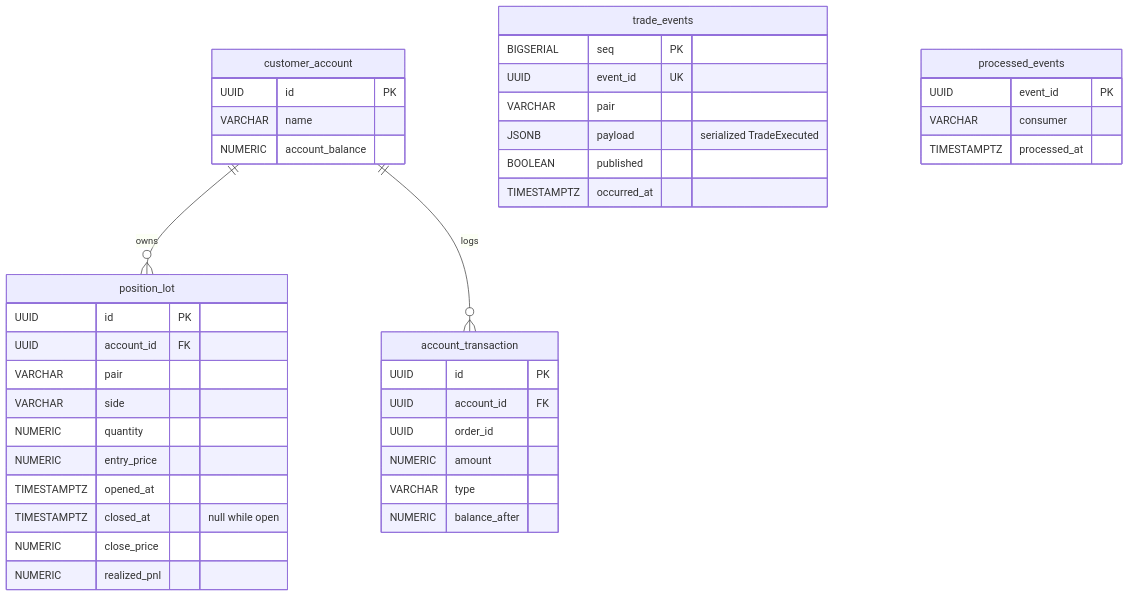
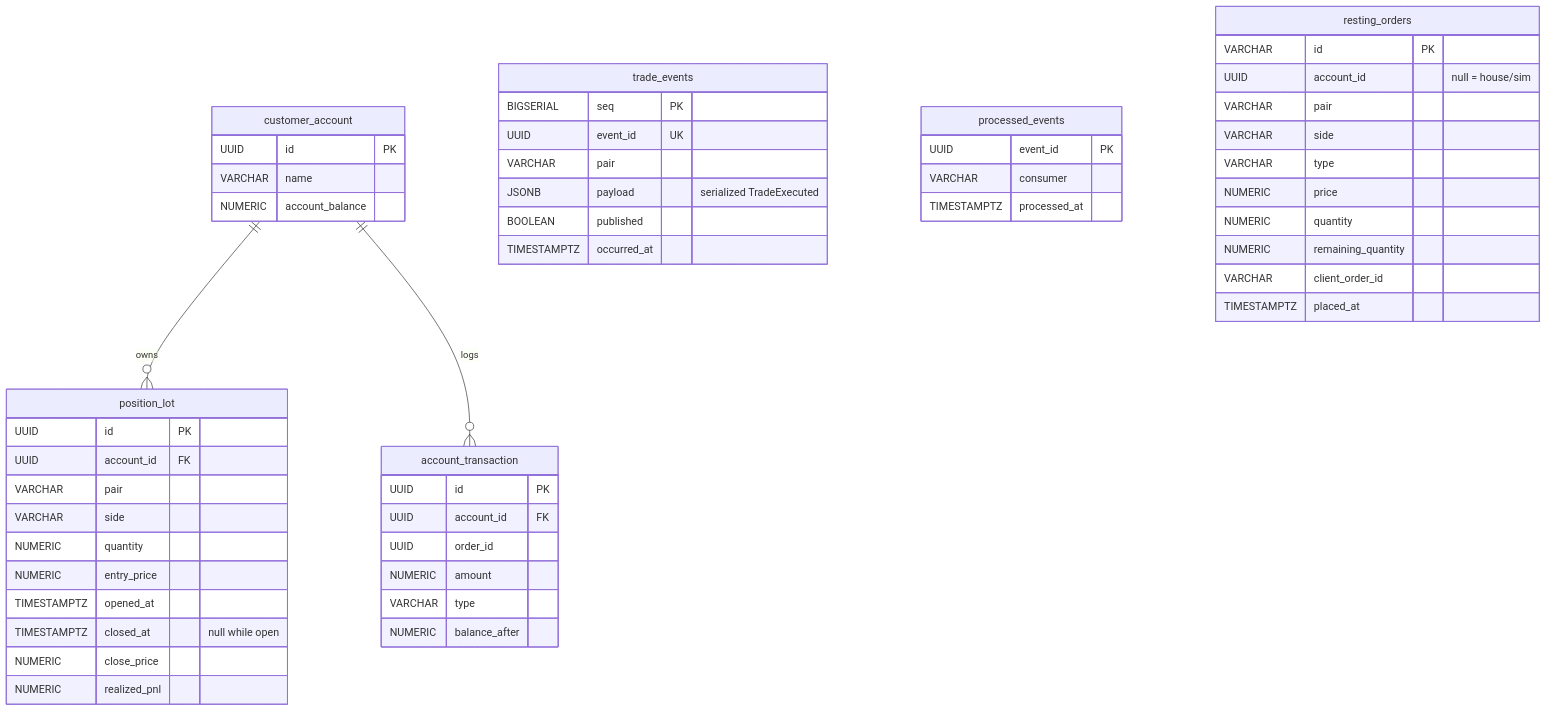
Before and after one commit to mc139/fx-oee-docs: the second of 2 diagrams in 07-data-model.md, drawn with Mermaid. The commit also changed other lines of this file and 4 other files, not shown here.

````diff
--- a/07-data-model.md
+++ b/07-data-model.md
@@ -103,43 +105,55 @@
 ```mermaid
 erDiagram
     customer_account ||--o{ position_lot : owns
     customer_account ||--o{ account_transaction : logs
     customer_account {
         UUID id PK
         VARCHAR name
         NUMERIC account_balance
     }
     account_transaction {
         UUID id PK
         UUID account_id FK
         UUID order_id
         NUMERIC amount
         VARCHAR type
         NUMERIC balance_after
     }
     position_lot {
         UUID id PK
         UUID account_id FK
         VARCHAR pair
         VARCHAR side
         NUMERIC quantity
         NUMERIC entry_price
         TIMESTAMPTZ opened_at
         TIMESTAMPTZ closed_at "null while open"
         NUMERIC close_price
         NUMERIC realized_pnl
     }
     trade_events {
         BIGSERIAL seq PK
         UUID event_id UK
         VARCHAR pair
         JSONB payload "serialized TradeExecuted"
         BOOLEAN published
         TIMESTAMPTZ occurred_at
     }
     processed_events {
         UUID event_id PK
         VARCHAR consumer
         TIMESTAMPTZ processed_at
     }
+    resting_orders {
+        VARCHAR id PK
+        UUID account_id "null = house/sim"
+        VARCHAR pair
+        VARCHAR side
+        VARCHAR type
+        NUMERIC price
+        NUMERIC quantity
+        NUMERIC remaining_quantity
+        VARCHAR client_order_id
+        TIMESTAMPTZ placed_at
+    }
 ```
````
